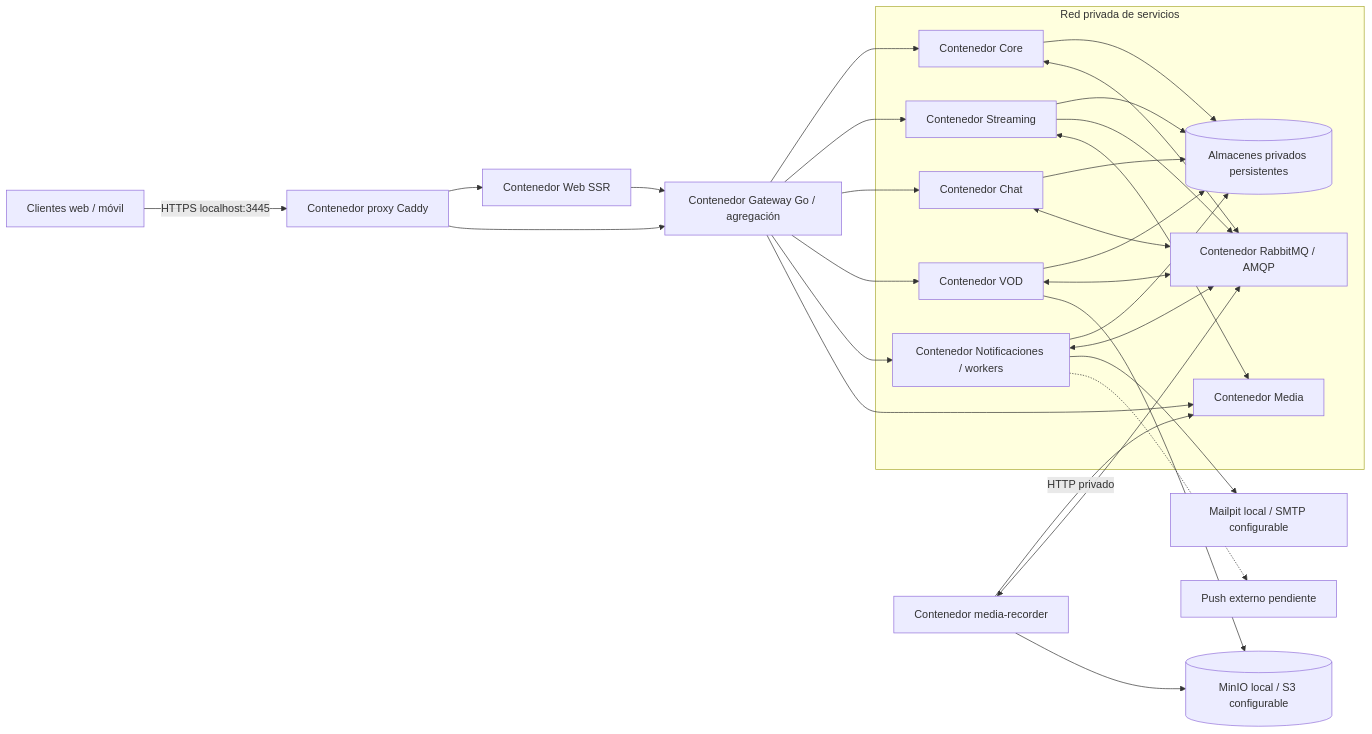
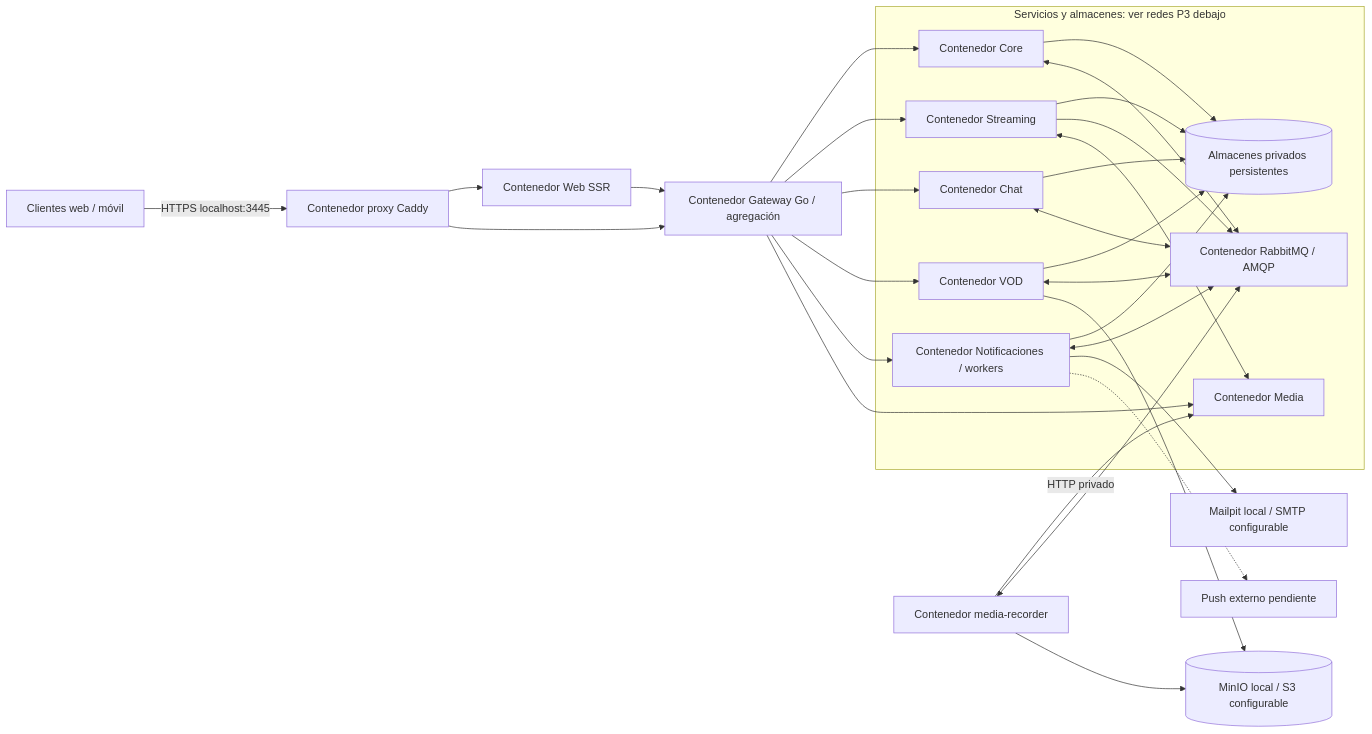
Before and after one commit to SWARCH-1A/streaming: the second of 3 diagrams in docs/arquitectura_c4_cnc_despliegue.md, drawn with Mermaid. The commit also changed other lines of this file and 18 other files, not shown here.

````diff
--- a/docs/arquitectura_c4_cnc_despliegue.md
+++ b/docs/arquitectura_c4_cnc_despliegue.md
@@ -86,40 +86,40 @@
 ```mermaid
 flowchart LR
   Clients[Clientes web / móvil] -->|HTTPS localhost:3445| P[Contenedor proxy Caddy]
   P --> W[Contenedor Web SSR]
   P --> G[Contenedor Gateway Go / agregación]
-  subgraph Private[Red privada de servicios]
+  subgraph Private[Servicios y almacenes: ver redes P3 debajo]
     C[Contenedor Core]
     S[Contenedor Streaming]
     CH[Contenedor Chat]
     V[Contenedor VOD]
     N[Contenedor Notificaciones / workers]
     M[Contenedor Media]
     B[Contenedor RabbitMQ / AMQP]
     D[(Almacenes privados persistentes)]
   end
   G --> C
   G --> S
   G --> CH
   G --> V
   G --> N
   G --> M
   W --> G
   C --> D
   S --> D
   CH --> D
   V --> D
   N --> D
   C <--> B
   S --> B
   CH <--> B
   V <--> B
   N <--> B
   S <--> M
   V --> S3[(MinIO local / S3 configurable)]
   R[Contenedor media-recorder] -->|HTTP privado| M
   R --> S3
   R <--> B
   N --> SMTP[Mailpit local / SMTP configurable]
   N -.-> Push[Push externo pendiente]
 ```
````
